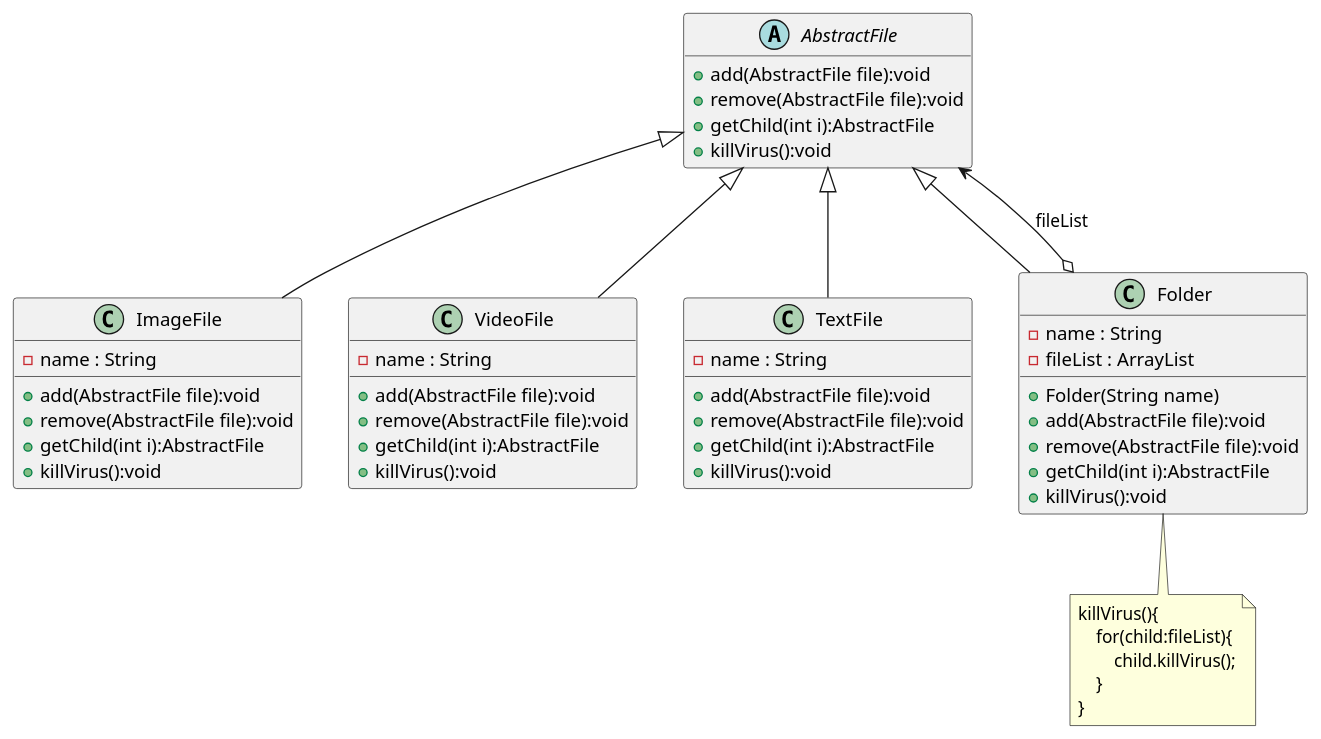
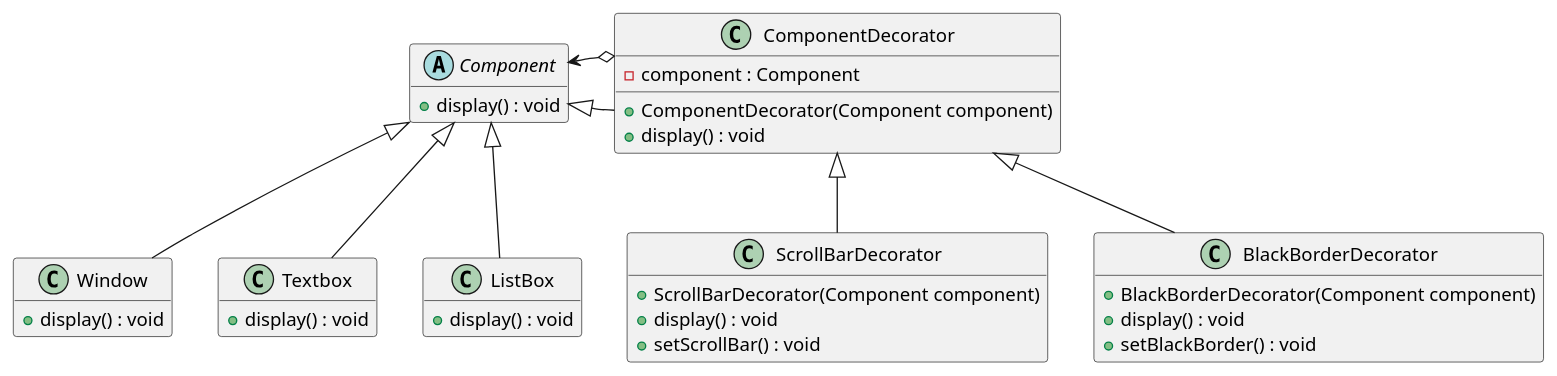
The third of 3 diagrams in test.plantUML (LviatYi/KnownBase), drawn with PlantUML before and after one commit. The commit also changed other lines of this file and 8 other files, not shown here.

```diff
--- a/test.plantUML
+++ b/test.plantUML
@@ -1,53 +34,38 @@
-@startuml Composite_Example
+@startuml Decorator_Example
 hide empty members
-abstract AbstractFile{
-    + add(AbstractFile file):void
-    + remove(AbstractFile file):void
-    + getChild(int i):AbstractFile
-    + killVirus():void
+abstract Component{
+    + display() : void
+}
+class Window{
+    + display() : void
+}
+class Textbox {
+    + display() : void
+}
+class ListBox{
+    + display() : void
+}
+class ComponentDecorator{
+    - component : Component
+    + ComponentDecorator(Component component)
+    + display() : void
+}
+class ScrollBarDecorator{
+    + ScrollBarDecorator(Component component)
+    + display() : void
+    + setScrollBar() : void
+}
+class BlackBorderDecorator{
+    + BlackBorderDecorator(Component component)
+    + display() : void
+    + setBlackBorder() : void
 }
 
-class ImageFile{
-    - name : String
-    + add(AbstractFile file):void
-    + remove(AbstractFile file):void
-    + getChild(int i):AbstractFile
-    + killVirus():void
-}
-class VideoFile{
-    - name : String
-    + add(AbstractFile file):void
-    + remove(AbstractFile file):void
-    + getChild(int i):AbstractFile
-    + killVirus():void
-}
-class TextFile{
-    - name : String
-    + add(AbstractFile file):void
-    + remove(AbstractFile file):void
-    + getChild(int i):AbstractFile
-    + killVirus():void
-}
-class Folder{
-    - name : String
-    - fileList : ArrayList
-    + Folder(String name)
-    + add(AbstractFile file):void
-    + remove(AbstractFile file):void
-    + getChild(int i):AbstractFile
-    + killVirus():void
-}
-AbstractFile <|-- ImageFile
-AbstractFile <|-- VideoFile
-AbstractFile <|-- TextFile
-AbstractFile <|-- Folder
-AbstractFile <--o Folder : fileList
-
-note bottom of Folder
-killVirus(){
-    for(child:fileList){
-        child.killVirus();
-    }
-}
-end note
-@endumld
+Component <|-- Window
+Component <|-- Textbox
+Component <|-- ListBox
+Component <|-- ComponentDecorator
+Component <-right-o ComponentDecorator
+ComponentDecorator <|-- ScrollBarDecorator
+ComponentDecorator <|-- BlackBorderDecorator
+@enduml
```
